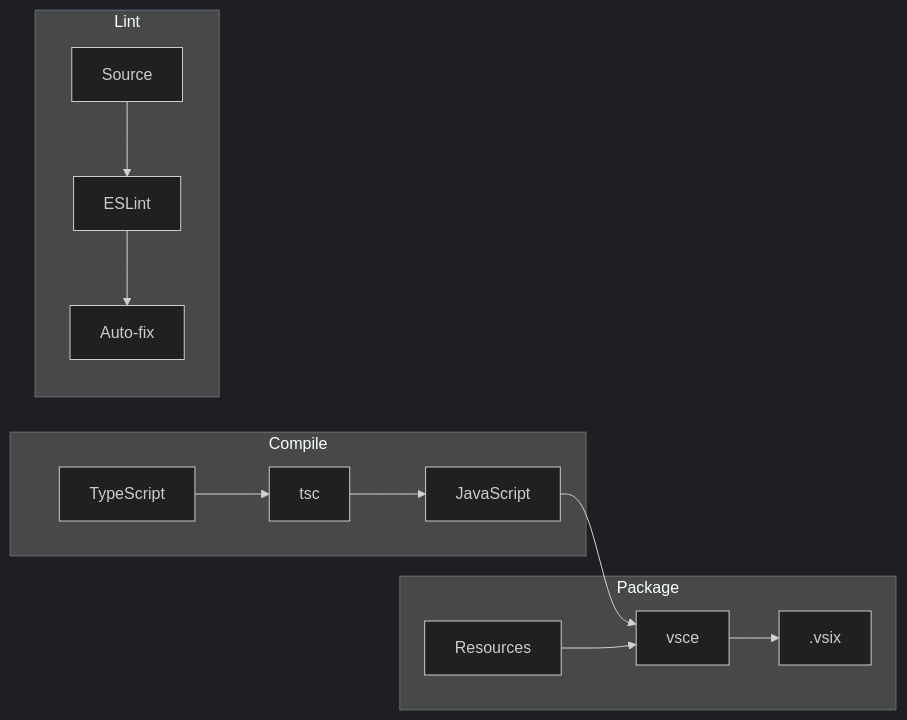
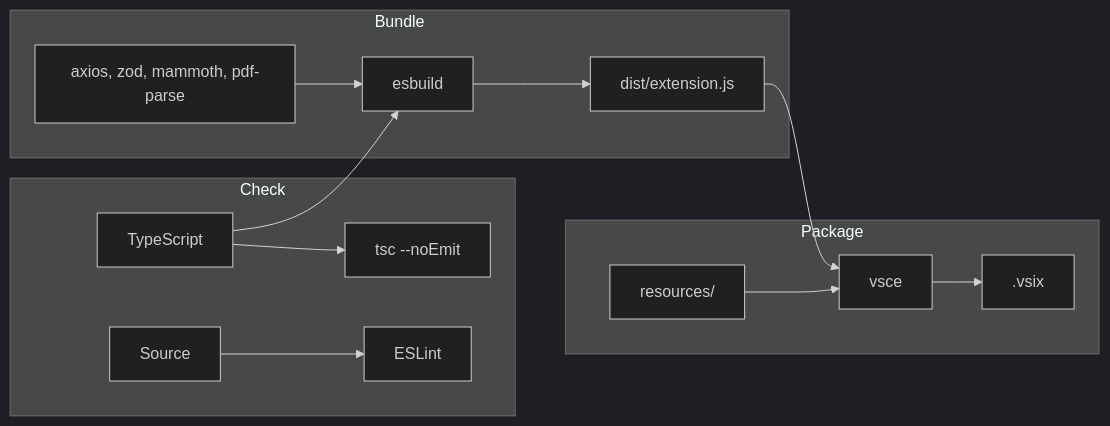
One commit to devladlog/Fusion-Studio changed the fourth of 11 diagrams in docs/DEVELOPMENT.md. Above: the diagram before and after it, drawn with Mermaid (dark theme). The commit also changed other lines of this file and 15 other files, not shown here.

````diff
--- a/docs/DEVELOPMENT.md
+++ b/docs/DEVELOPMENT.md
@@ -95,18 +99,19 @@
 ```mermaid
 flowchart LR
-    subgraph Compile
-        TS[TypeScript] --> TSC[tsc]
-        TSC --> JS[JavaScript]
+    subgraph Check
+        TS[TypeScript] --> TSC[tsc --noEmit]
+        SRC[Source] --> ESL[ESLint]
     end
     
-    subgraph Lint
-        SRC[Source] --> ESL[ESLint]
-        ESL --> FIX[Auto-fix]
+    subgraph Bundle
+        TS --> ESB[esbuild]
+        DEPS[axios, zod, mammoth, pdf-parse] --> ESB
+        ESB --> JS[dist/extension.js]
     end
     
     subgraph Package
         JS --> VSCE[vsce]
-        RES[Resources] --> VSCE
+        RES[resources/] --> VSCE
         VSCE --> VSIX[.vsix]
     end
 ```
````
